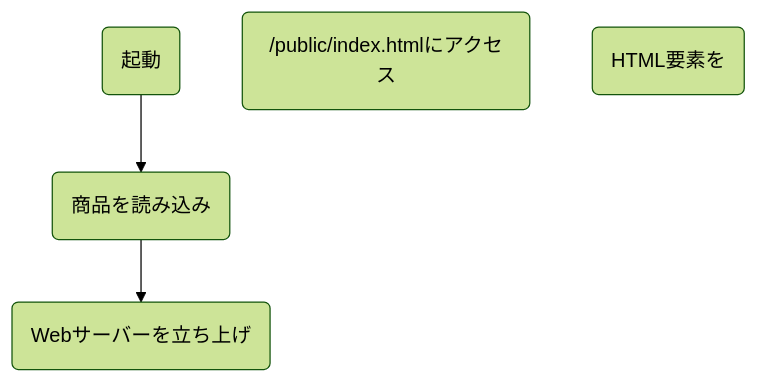
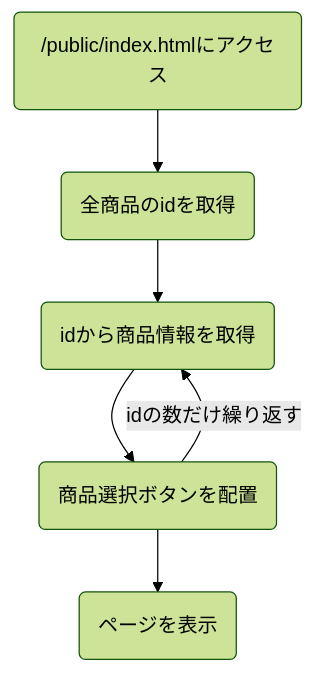
Before and after one commit to SousiOmine/spa_webpro: the first of 5 diagrams in README.md, drawn with Mermaid (forest theme). The commit also changed other lines of this file and 1 other file, not shown here.

Commit message:
readmeにフローチャートを追記 target_goods_idが空のときは定期的な商品情報取得をしないよう変更

````diff
--- a/README.md
+++ b/README.md
@@ -9,14 +9,16 @@
 ```mermaid
     flowchart TD;
 
-    StartBackend(起動)
-    LoadGoodsBackend(商品を読み込み)
-    WebServerHostBackend(Webサーバーを立ち上げ)
+    LoadPage(/public/index.htmlにアクセス)
+    RequestGoodsIds(全商品のidを取得)
+    RequestGood(idから商品情報を取得)
+    InsertDOM(商品選択ボタンを配置)
+    ShowPage(ページを表示)
 
-    ShowPageFrontend(/public/index.htmlにアクセス)
-    LoadDOM(HTML要素を)
 
-    StartBackend --> LoadGoodsBackend
-    LoadGoodsBackend --> WebServerHostBackend
-
+    LoadPage --> RequestGoodsIds
+    RequestGoodsIds --> RequestGood
+    RequestGood --> InsertDOM
+    InsertDOM --> |idの数だけ繰り返す|RequestGood
+    InsertDOM --> ShowPage
 ```
````
